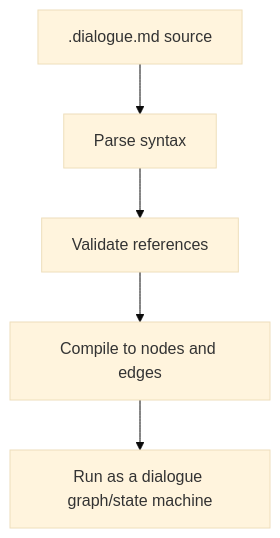
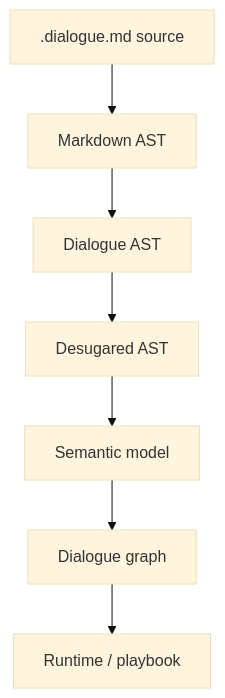
The diagram in docs/guide/script-language.md (pengzhengyi/dialoguedown), drawn with Mermaid (base theme) before and after one commit. The commit also changed other lines of this file and 28 other files, not shown here.

````diff
--- a/docs/guide/script-language.md
+++ b/docs/guide/script-language.md
@@ -66,7 +69,9 @@
 ```mermaid
 flowchart TD
-    Source[".dialogue.md source"] --> Parse["Parse syntax"]
-    Parse --> Validate["Validate references"]
-    Validate --> Compile["Compile to nodes and edges"]
-    Compile --> Runtime["Run as a dialogue graph/state machine"]
+    Source[".dialogue.md source"] --> Markdown["Markdown AST"]
+    Markdown --> Dialogue["Dialogue AST"]
+    Dialogue --> Desugar["Desugared AST"]
+    Desugar --> Semantic["Semantic model"]
+    Semantic --> Graph["Dialogue graph"]
+    Graph --> Runtime["Runtime / playbook"]
 ```
````
